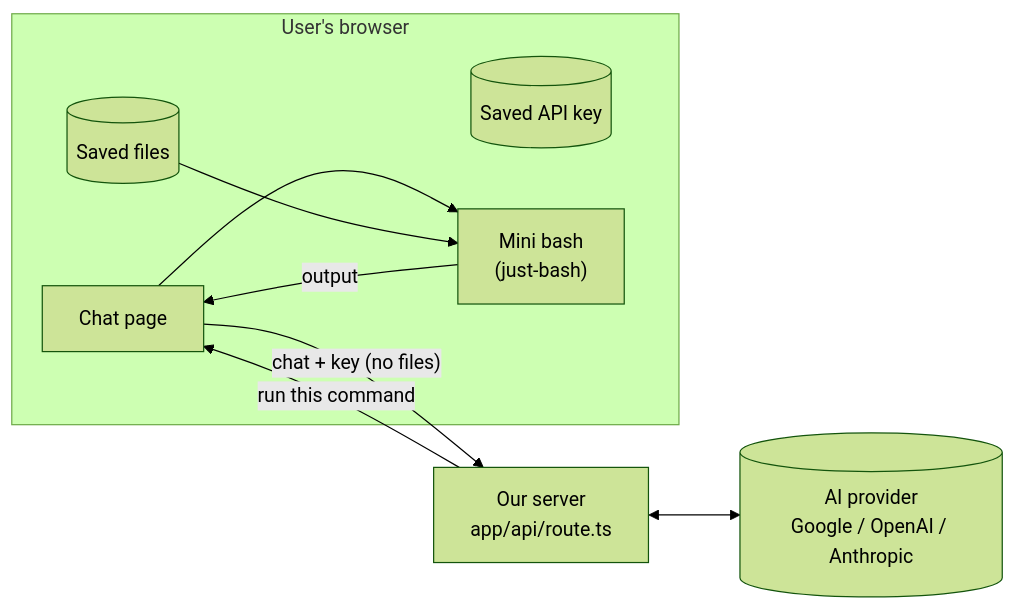
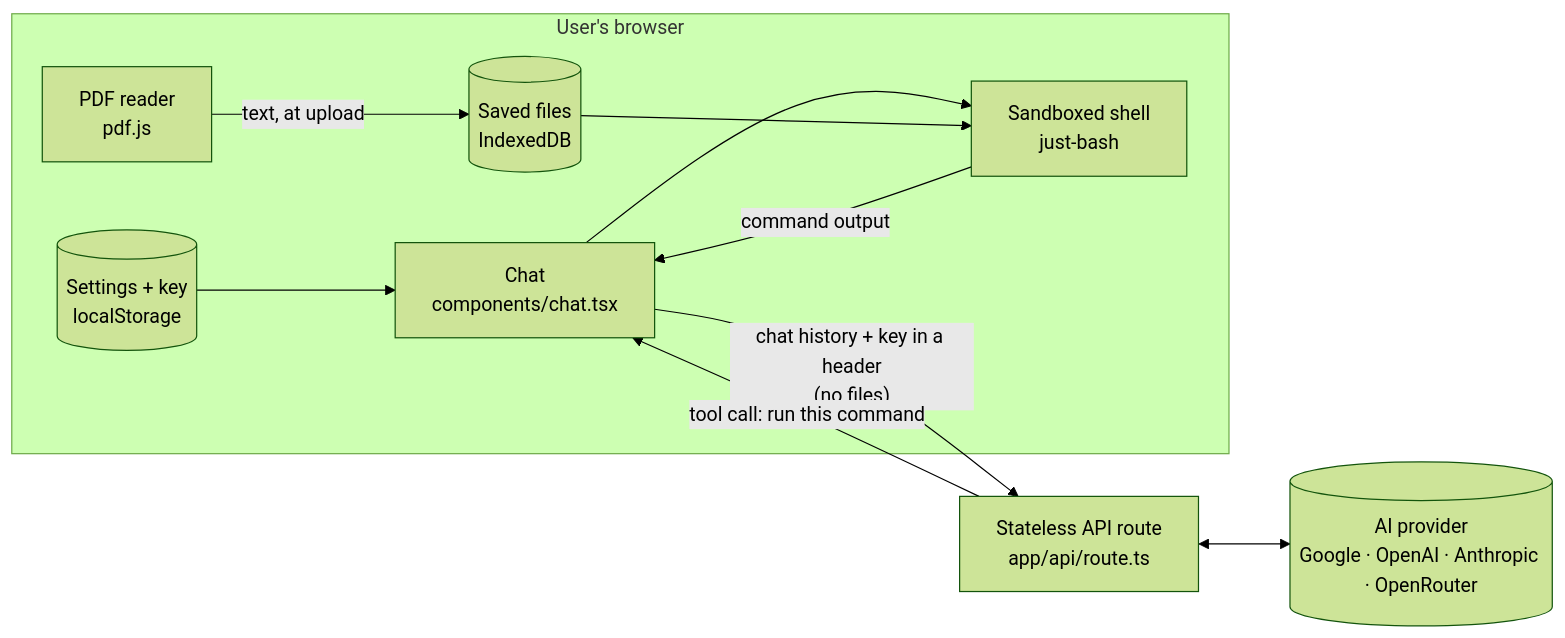
Before and after one commit to khushpanchal/filesystem-agent: the first of 2 diagrams in docs/hld.md, drawn with Mermaid (forest theme). The commit also changed other lines of this file and 24 other files, not shown here.

````diff
--- a/docs/hld.md
+++ b/docs/hld.md
@@ -46,18 +12,21 @@
 ```mermaid
 flowchart LR
   subgraph Browser["User's browser"]
-    UI["Chat page"]
-    FILES[("Saved files")]
-    KEY[("Saved API key")]
-    SH["Mini bash<br/>(just-bash)"]
+    UI["Chat<br/>components/chat.tsx"]
+    FILES[("Saved files<br/>IndexedDB")]
+    KEY[("Settings + key<br/>localStorage")]
+    SH["Sandboxed shell<br/>just-bash"]
+    PDF["PDF reader<br/>pdf.js"]
   end
-  SV["Our server<br/>app/api/route.ts"]
-  AI[("AI provider<br/>Google / OpenAI / Anthropic")]
+  SV["Stateless API route<br/>app/api/route.ts"]
+  AI[("AI provider<br/>Google · OpenAI · Anthropic · OpenRouter")]
 
-  UI -- "chat + key (no files)" --> SV
+  PDF -- "text, at upload" --> FILES
+  KEY --> UI
+  UI -- "chat history + key in a header<br/>(no files)" --> SV
   SV <--> AI
-  SV -- "run this command" --> UI
+  SV -- "tool call: run this command" --> UI
   UI --> SH
   FILES --> SH
-  SH -- "output" --> UI
+  SH -- "command output" --> UI
 ```
````
